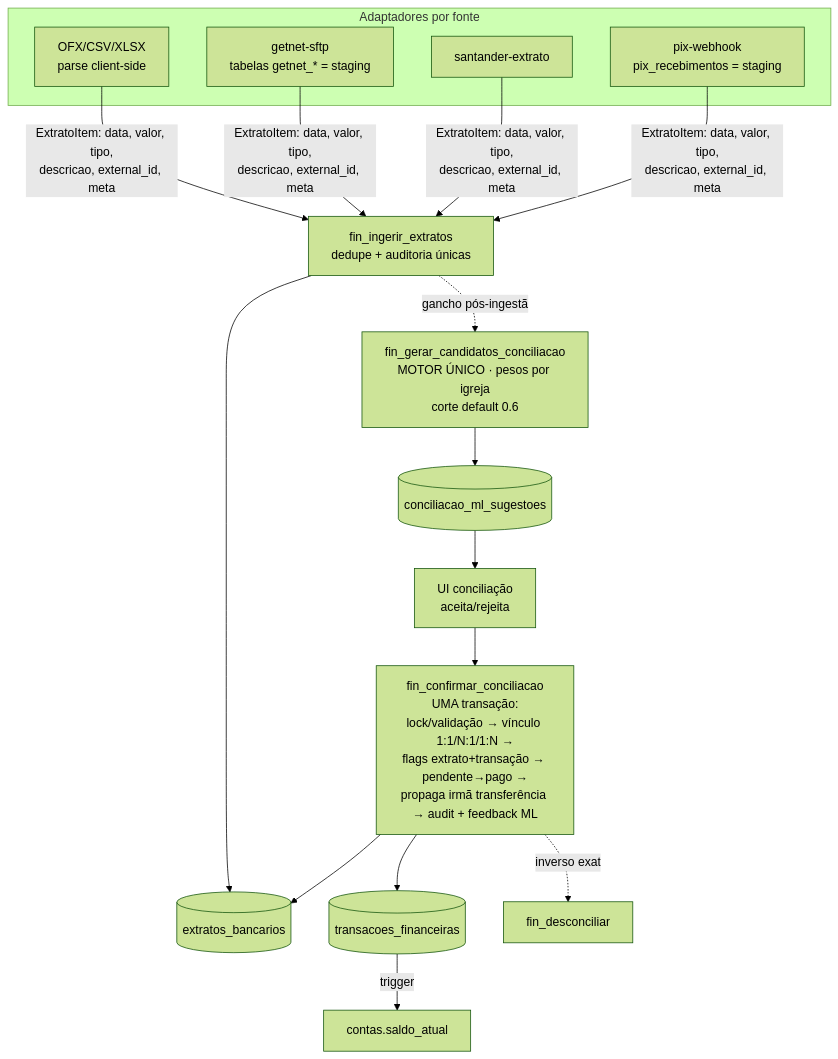
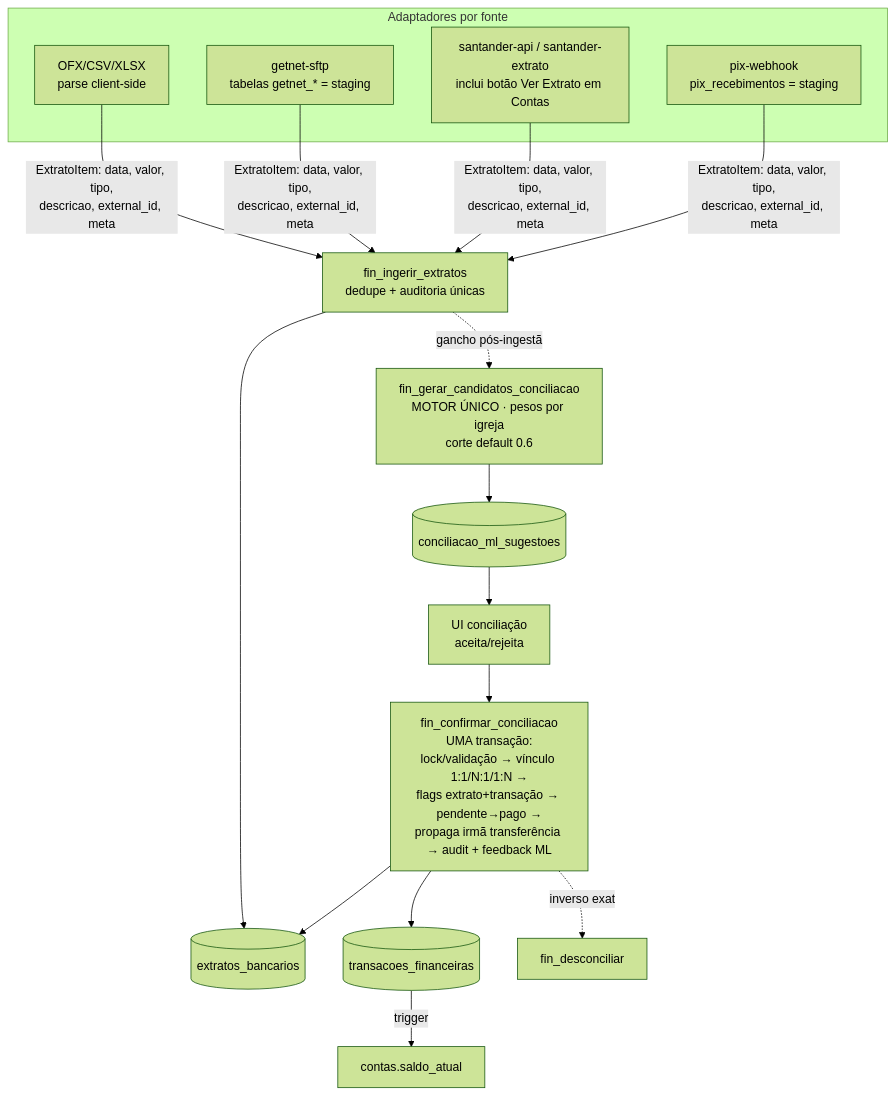
The third of 3 diagrams in docs/arquitetura-financeiro.md (adrianoapc/igreja-carvalho), drawn with Mermaid (forest theme) before and after one commit. The commit also changed other lines of this file, not shown here.

First line of the commit message:
docs(financeiro): estende mapeamento — ofertas, contas, dashboards, reembolso, reclassificação

````diff
--- a/docs/arquitetura-financeiro.md
+++ b/docs/arquitetura-financeiro.md
@@ -392,20 +542,20 @@
 ```mermaid
 flowchart TD
     subgraph Adaptadores por fonte
         OFX[OFX/CSV/XLSX<br/>parse client-side]
         GET[getnet-sftp<br/>tabelas getnet_* = staging]
-        SAN[santander-extrato]
+        SAN[santander-api / santander-extrato<br/>inclui botão Ver Extrato em Contas]
         PIX[pix-webhook<br/>pix_recebimentos = staging]
     end
     OFX & GET & SAN & PIX -->|ExtratoItem: data, valor, tipo,<br/>descricao, external_id, meta| ING[fin_ingerir_extratos<br/>dedupe + auditoria únicas]
     ING --> EXT[(extratos_bancarios)]
     ING -.gancho pós-ingestão.-> SCORE
 
     SCORE[fin_gerar_candidatos_conciliacao<br/>MOTOR ÚNICO · pesos por igreja<br/>corte default 0.6] --> SUG[(conciliacao_ml_sugestoes)]
     SUG --> UI[UI conciliação<br/>aceita/rejeita]
     UI --> CONF[fin_confirmar_conciliacao<br/>UMA transação:<br/>lock/validação → vínculo 1:1/N:1/1:N →<br/>flags extrato+transação → pendente→pago →<br/>propaga irmã transferência → audit + feedback ML]
     CONF --> EXT
     CONF --> TRX[(transacoes_financeiras)]
     TRX -->|trigger| SALDO[contas.saldo_atual]
     CONF -.inverso exato.-> DESC[fin_desconciliar]
 ```
````
